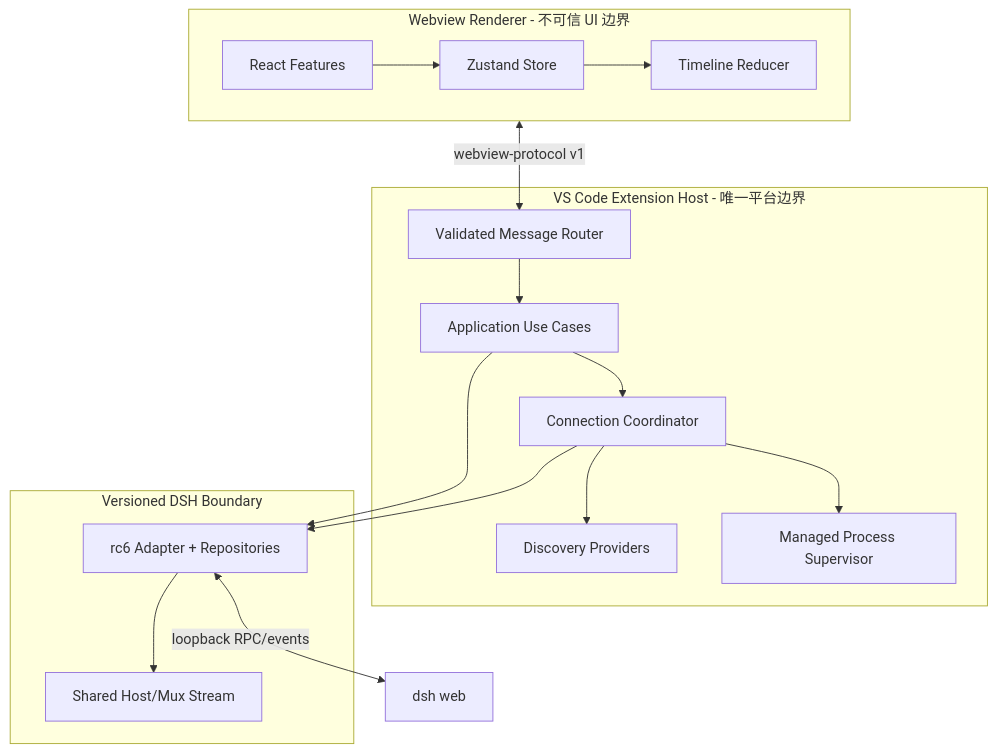
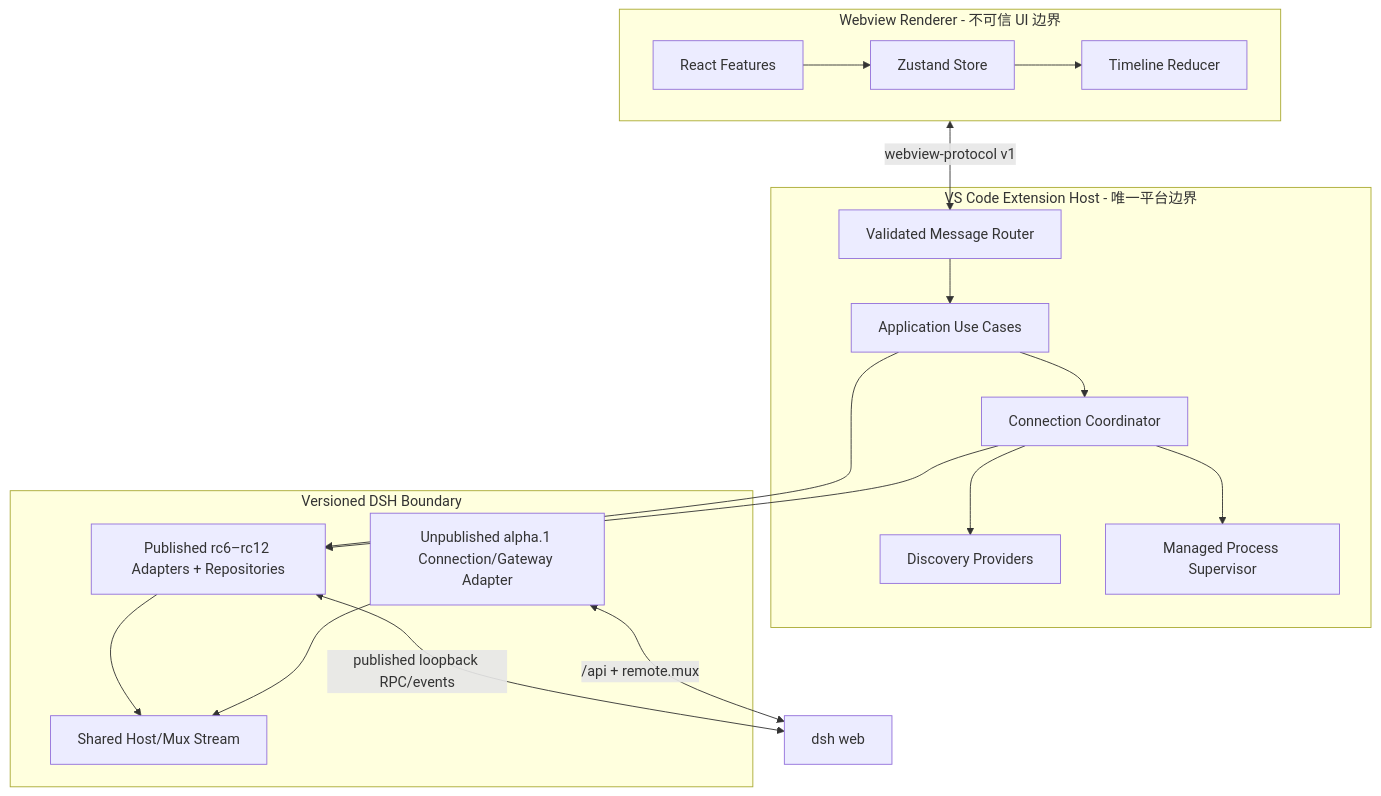
Before and after one commit to Jabofish/deepseek-harness-vscode: the first of 2 diagrams in docs/architecture.md, drawn with Mermaid. The commit also changed other lines of this file and 35 other files, not shown here.

Commit message:
feat: prepare DSH alpha protocol adapter

````diff
--- a/docs/architecture.md
+++ b/docs/architecture.md
@@ -5,32 +5,35 @@
 ```mermaid
 flowchart TB
   subgraph Renderer["Webview Renderer - 不可信 UI 边界"]
     REACT["React Features"]
     STORE["Zustand Store"]
     TL["Timeline Reducer"]
     REACT --> STORE --> TL
   end
 
   subgraph Host["VS Code Extension Host - 唯一平台边界"]
     ROUTER["Validated Message Router"]
     UC["Application Use Cases"]
     CC["Connection Coordinator"]
     DISC["Discovery Providers"]
     SUP["Managed Process Supervisor"]
     ROUTER --> UC
     UC --> CC
     CC --> DISC
     CC --> SUP
   end
 
   subgraph Adapter["Versioned DSH Boundary"]
-    RC6["rc6 Adapter + Repositories"]
+    RC6["Published rc6–rc12 Adapters + Repositories"]
+    ALPHA["Unpublished alpha.1 Connection/Gateway Adapter"]
     STREAM["Shared Host/Mux Stream"]
     RC6 --> STREAM
+    ALPHA --> STREAM
   end
 
   Renderer <-->|"webview-protocol v1"| ROUTER
   UC --> RC6
   CC --> RC6
-  RC6 <-->|"loopback RPC/events"| DSH["dsh web"]
+  RC6 <-->|"published loopback RPC/events"| DSH["dsh web"]
+  ALPHA <-->|"/api + remote.mux"| DSH
 ```
````
